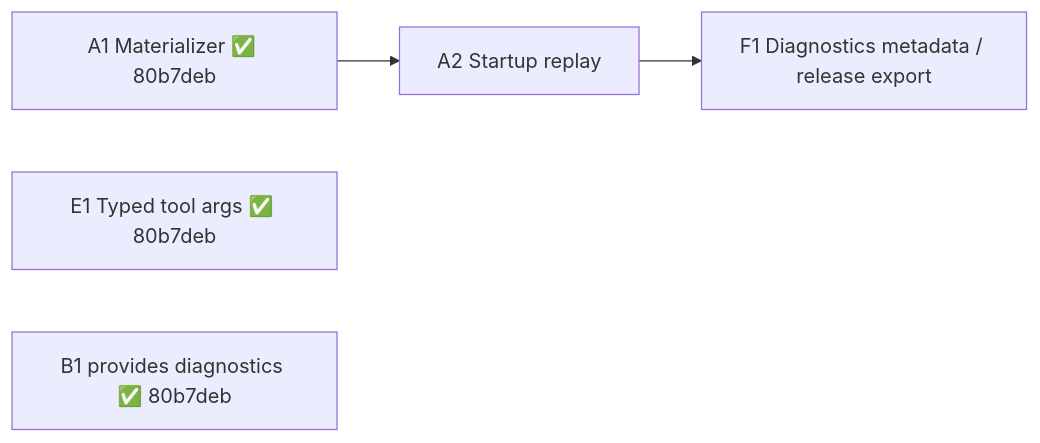
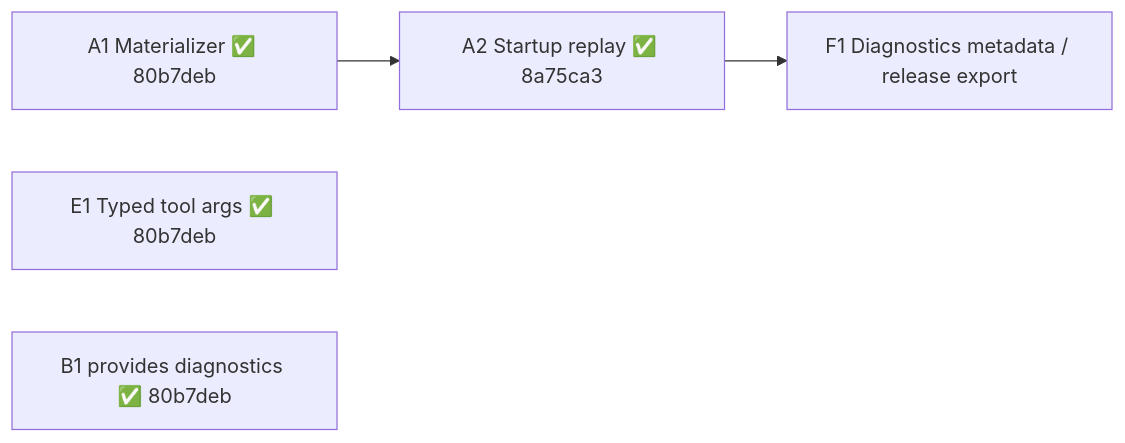
The diagram in docs/plans/2026-11-18-plugin-remaining-work.md (kajimi16/OH-MY-HITA-legacy), drawn with Mermaid before and after one commit. The commit also changed other lines of this file and 1 other file, not shown here.

````diff
--- a/docs/plans/2026-11-18-plugin-remaining-work.md
+++ b/docs/plans/2026-11-18-plugin-remaining-work.md
@@ -25,7 +25,7 @@
 ```mermaid
 flowchart LR
-  A1["A1 Materializer ✅ 80b7deb"] --> A2["A2 Startup replay"]
+  A1["A1 Materializer ✅ 80b7deb"] --> A2["A2 Startup replay ✅ 8a75ca3"]
   A2 --> F1["F1 Diagnostics metadata / release export"]
   E1["E1 Typed tool args ✅ 80b7deb"]
   B1["B1 provides diagnostics ✅ 80b7deb"]
 ```
````
